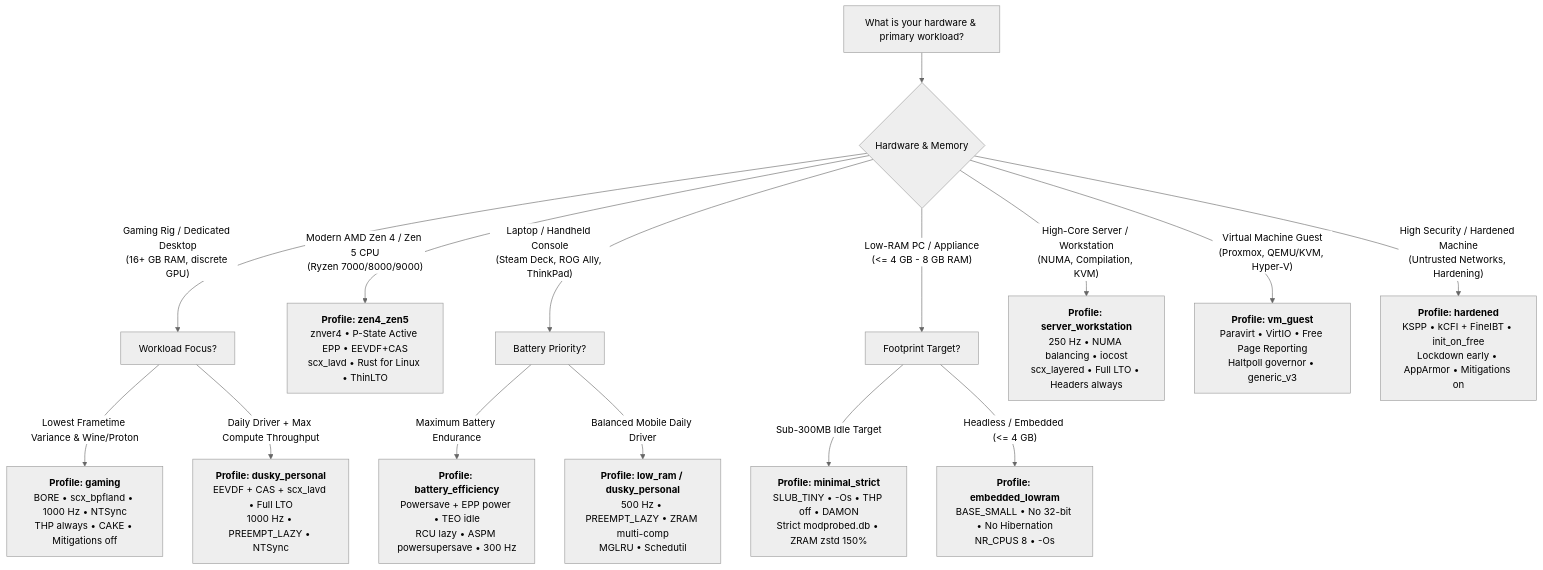
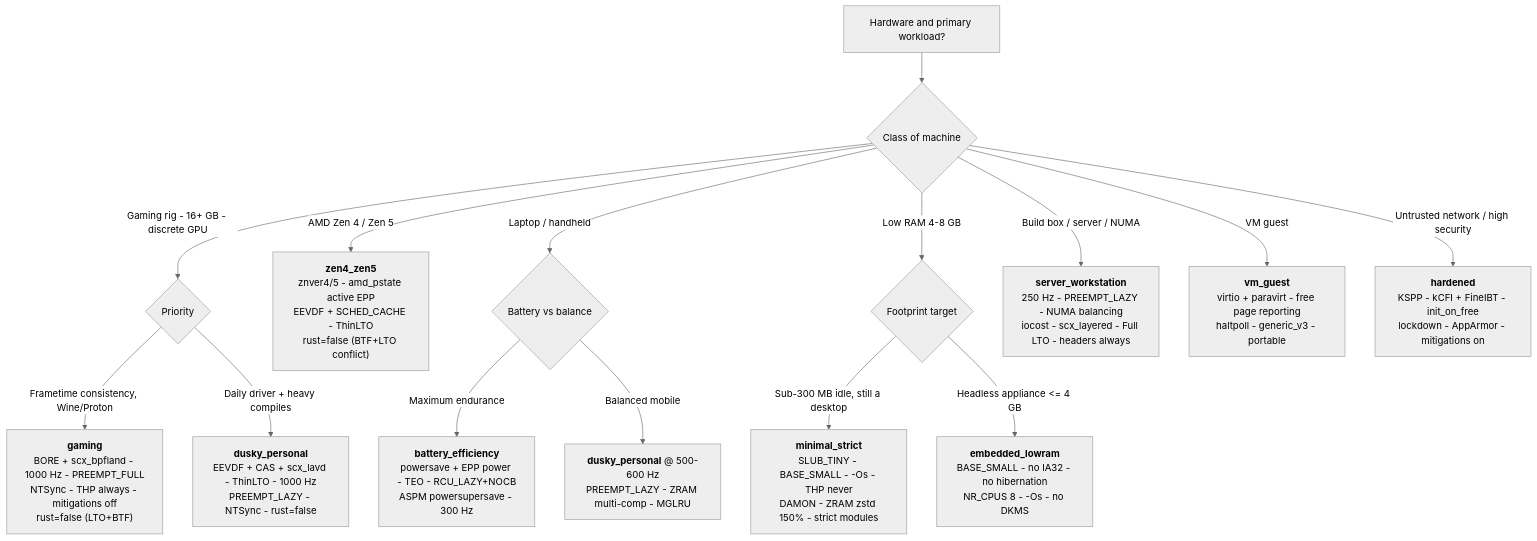
One commit to Sidon137/dusky changed the sixth of 7 diagrams in Documents/pensive/linux/Important Notes/Kernal/Dusky_Kernel_Compiler_Manual.md. Above: the diagram before and after it, drawn with Mermaid (neutral theme). The commit also changed other lines of this file, not shown here.

````diff
--- a/Documents/pensive/linux/Important Notes/Kernal/Dusky_Kernel_Compiler_Manual.md
+++ b/Documents/pensive/linux/Important Notes/Kernal/Dusky_Kernel_Compiler_Manual.md
@@ -585,24 +1239,24 @@
 ```mermaid
 flowchart TD
-    Start["What is your hardware & primary workload?"] --> HW{Hardware & Memory}
-    
-    HW -->|"Gaming Rig / Dedicated Desktop<br>(16+ GB RAM, discrete GPU)"| D1[Workload Focus?]
-    D1 -->|"Lowest Frametime Variance & Wine/Proton"| P_GAME["<b>Profile: gaming</b><br>BORE • scx_bpfland • 1000 Hz • NTSync<br>THP always • CAKE • Mitigations off"]
-    D1 -->|"Daily Driver + Max Compute Throughput"| P_PERS["<b>Profile: dusky_personal</b><br>EEVDF + CAS + scx_lavd • Full LTO<br>1000 Hz • PREEMPT_LAZY • NTSync"]
+    Start["Hardware and primary workload?"] --> HW{Class of machine}
 
-    HW -->|"Modern AMD Zen 4 / Zen 5 CPU<br>(Ryzen 7000/8000/9000)"| P_ZEN["<b>Profile: zen4_zen5</b><br>znver4 • P-State Active EPP • EEVDF+CAS<br>scx_lavd • Rust for Linux • ThinLTO"]
+    HW -->|"Gaming rig - 16+ GB - discrete GPU"| D1{Priority}
+    D1 -->|"Frametime consistency, Wine/Proton"| P_GAME["<b>gaming</b><br>BORE + scx_bpfland - 1000 Hz - PREEMPT_FULL<br>NTSync - THP always - mitigations off<br>rust=false (LTO+BTF)"]
+    D1 -->|"Daily driver + heavy compiles"| P_PERS["<b>dusky_personal</b><br>EEVDF + CAS + scx_lavd - ThinLTO - 1000 Hz<br>PREEMPT_LAZY - NTSync - rust=false"]
 
-    HW -->|"Laptop / Handheld Console<br>(Steam Deck, ROG Ally, ThinkPad)"| D2[Battery Priority?]
-    D2 -->|"Maximum Battery Endurance"| P_BATT["<b>Profile: battery_efficiency</b><br>Powersave + EPP power • TEO idle<br>RCU lazy • ASPM powersupersave • 300 Hz"]
-    D2 -->|"Balanced Mobile Daily Driver"| P_BAL["<b>Profile: low_ram / dusky_personal</b><br>500 Hz • PREEMPT_LAZY • ZRAM multi-comp<br>MGLRU • Schedutil"]
+    HW -->|"AMD Zen 4 / Zen 5"| P_ZEN["<b>zen4_zen5</b><br>znver4/5 - amd_pstate active EPP<br>EEVDF + SCHED_CACHE - ThinLTO<br>rust=false (BTF+LTO conflict)"]
 
-    HW -->|"Low-RAM PC / Appliance<br>(<= 4 GB - 8 GB RAM)"| D3[Footprint Target?]
-    D3 -->|"Sub-300MB Idle Target"| P_MIN["<b>Profile: minimal_strict</b><br>SLUB_TINY • -Os • THP off • DAMON<br>Strict modprobed.db • ZRAM zstd 150%"]
-    D3 -->|"Headless / Embedded (<= 4 GB)"| P_EMB["<b>Profile: embedded_lowram</b><br>BASE_SMALL • No 32-bit • No Hibernation<br>NR_CPUS 8 • -Os"]
+    HW -->|"Laptop / handheld"| D2{Battery vs balance}
+    D2 -->|"Maximum endurance"| P_BATT["<b>battery_efficiency</b><br>powersave + EPP power - TEO - RCU_LAZY+NOCB<br>ASPM powersupersave - 300 Hz"]
+    D2 -->|"Balanced mobile"| P_BAL["<b>dusky_personal</b> @ 500-600 Hz<br>PREEMPT_LAZY - ZRAM multi-comp - MGLRU"]
 
-    HW -->|"High-Core Server / Workstation<br>(NUMA, Compilation, KVM)"| P_SRV["<b>Profile: server_workstation</b><br>250 Hz • NUMA balancing • iocost<br>scx_layered • Full LTO • Headers always"]
+    HW -->|"Low RAM 4-8 GB"| D3{Footprint target}
+    D3 -->|"Sub-300 MB idle, still a desktop"| P_MIN["<b>minimal_strict</b><br>SLUB_TINY - BASE_SMALL - -Os - THP never<br>DAMON - ZRAM zstd 150% - strict modules"]
+    D3 -->|"Headless appliance <= 4 GB"| P_EMB["<b>embedded_lowram</b><br>BASE_SMALL - no IA32 - no hibernation<br>NR_CPUS 8 - -Os - no DKMS"]
 
-    HW -->|"Virtual Machine Guest<br>(Proxmox, QEMU/KVM, Hyper-V)"| P_VM["<b>Profile: vm_guest</b><br>Paravirt • VirtIO • Free Page Reporting<br>Haltpoll governor • generic_v3"]
+    HW -->|"Build box / server / NUMA"| P_SRV["<b>server_workstation</b><br>250 Hz - PREEMPT_LAZY - NUMA balancing<br>iocost - scx_layered - Full LTO - headers always"]
 
-    HW -->|"High Security / Hardened Machine<br>(Untrusted Networks, Hardening)"| P_SEC["<b>Profile: hardened</b><br>KSPP • kCFI + FineIBT • init_on_free<br>Lockdown early • AppArmor • Mitigations on"]
+    HW -->|"VM guest"| P_VM["<b>vm_guest</b><br>virtio + paravirt - free page reporting<br>haltpoll - generic_v3 - portable"]
+
+    HW -->|"Untrusted network / high security"| P_SEC["<b>hardened</b><br>KSPP - kCFI + FineIBT - init_on_free<br>lockdown - AppArmor - mitigations on"]
 ```
````
